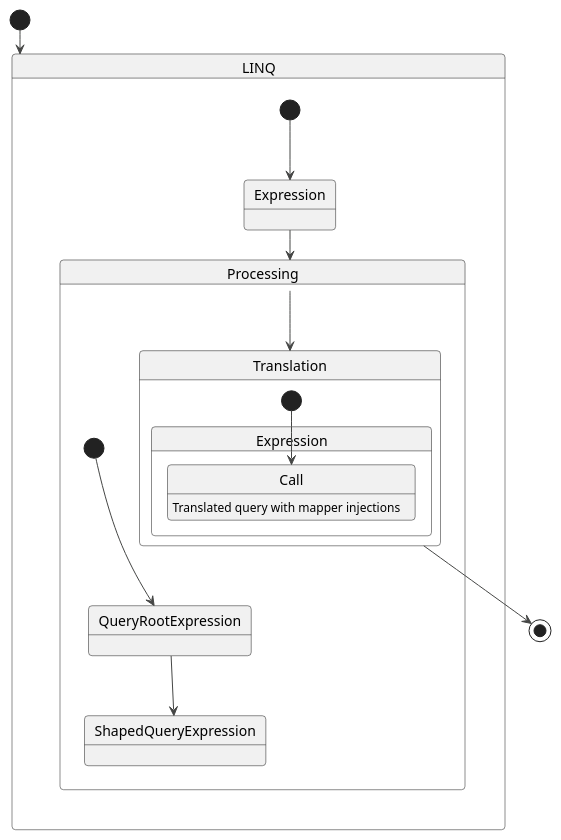
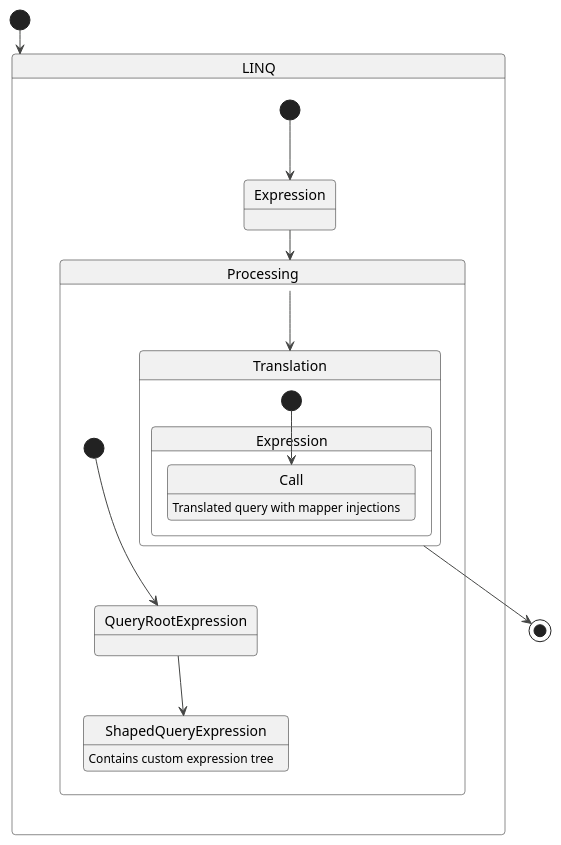
Before and after one commit to TomStary/masters-thesis: the diagram in content/expresseionTransformation.puml, drawn with PlantUML. The commit also changed 5 other files, not shown here.

```diff
--- a/content/expresseionTransformation.puml
+++ b/content/expresseionTransformation.puml
@@ -1,24 +1,25 @@
 @startuml Expression transformation
 !theme vibrant
 
 [*] --> LINQ
 
 state LINQ {
     [*] --> Expression
     Expression --> Processing
 }
 
 state Processing {
     [*] --> QueryRootExpression
     QueryRootExpression --> ShapedQueryExpression
     Processing --> Translation
+    ShapedQueryExpression : Contains custom expression tree
 }
 
 state Translation {
     [*] --> Expression.Call
     Expression.Call : Translated query with mapper injections
 }
 
 Translation --> [*]
 
 @enduml
```
